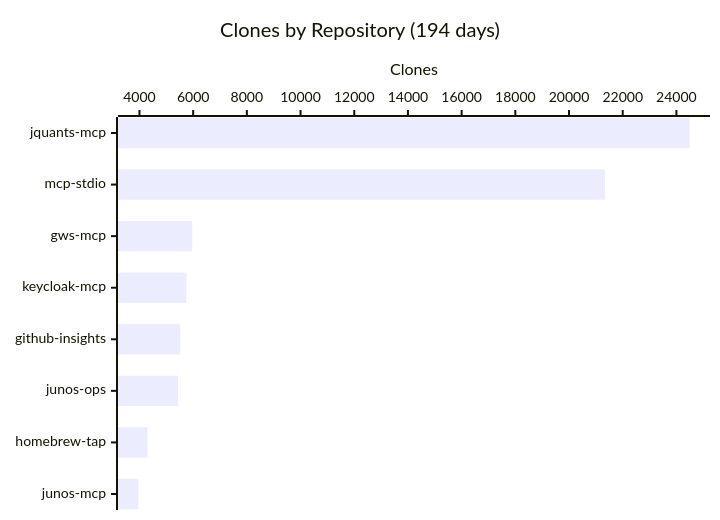
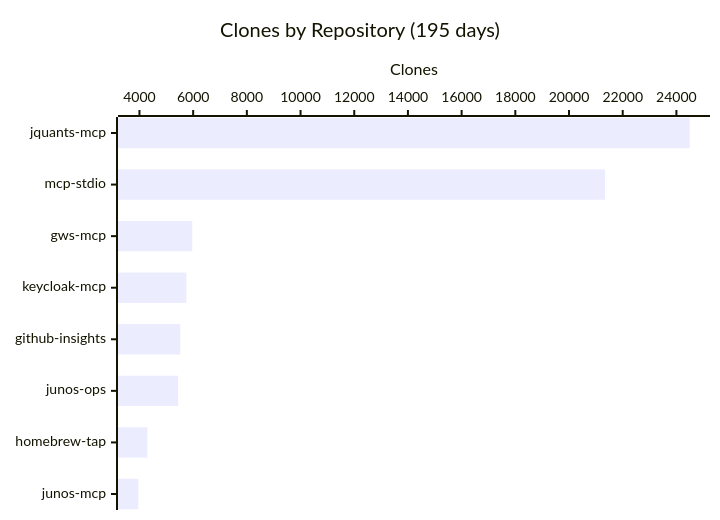
The fourth of 4 diagrams in README.md (shigechika/github-insights), drawn with Mermaid before and after one commit. The commit also changed other lines of this file and 2 other files, not shown here.

````diff
--- a/README.md
+++ b/README.md
@@ -58,7 +58,7 @@
 ```mermaid
 xychart-beta horizontal
-    title "Clones by Repository (194 days)"
+    title "Clones by Repository (195 days)"
     x-axis ["jquants-mcp", "mcp-stdio", "gws-mcp", "keycloak-mcp", "github-insights", "junos-ops", "homebrew-tap", "junos-mcp"]
     y-axis "Clones"
     bar [24495, 21341, 5968, 5747, 5519, 5440, 4295, 3957]
 ```
````
